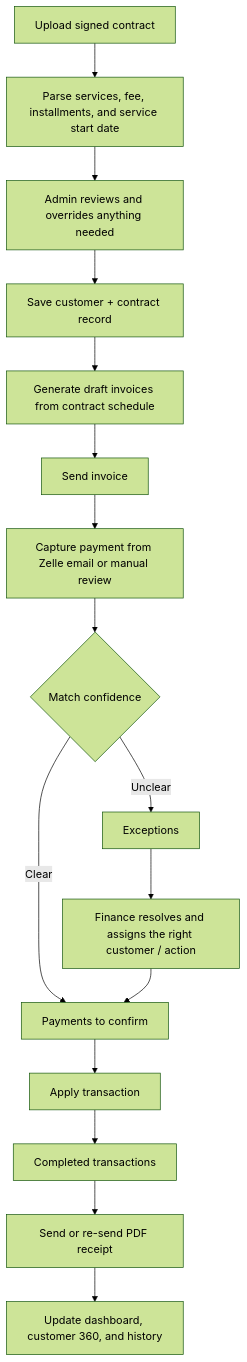
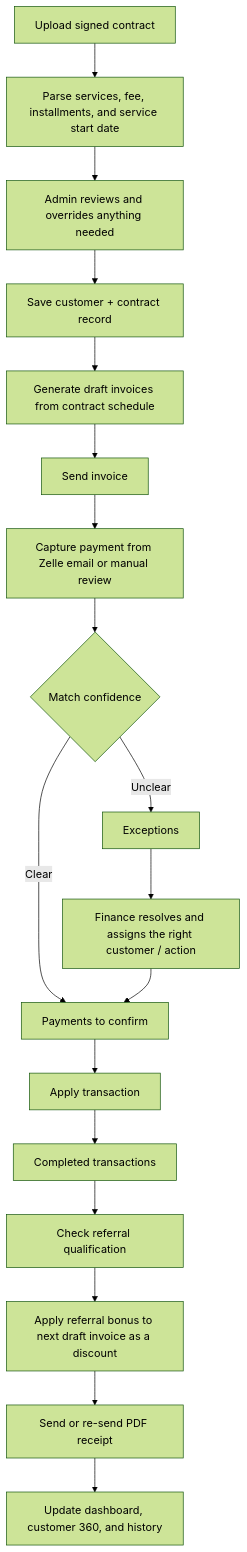
The diagram in README.md (dlk710/setu-finance), drawn with Mermaid (forest theme) before and after one commit. The commit also changed other lines of this file and 14 other files, not shown here.

````diff
--- a/README.md
+++ b/README.md
@@ -18,18 +19,20 @@
 ```mermaid
 flowchart TD
     A["Upload signed contract"] --> B["Parse services, fee, installments, and service start date"]
     B --> C["Admin reviews and overrides anything needed"]
     C --> D["Save customer + contract record"]
     D --> E["Generate draft invoices from contract schedule"]
     E --> F["Send invoice"]
     F --> G["Capture payment from Zelle email or manual review"]
     G --> H{"Match confidence"}
     H -->|"Clear"| I["Payments to confirm"]
     H -->|"Unclear"| J["Exceptions"]
     J --> K["Finance resolves and assigns the right customer / action"]
     K --> I
     I --> L["Apply transaction"]
     L --> M["Completed transactions"]
-    M --> N["Send or re-send PDF receipt"]
-    N --> O["Update dashboard, customer 360, and history"]
+    M --> N["Check referral qualification"]
+    N --> O["Apply referral bonus to next draft invoice as a discount"]
+    O --> P["Send or re-send PDF receipt"]
+    P --> Q["Update dashboard, customer 360, and history"]
 ```
````
